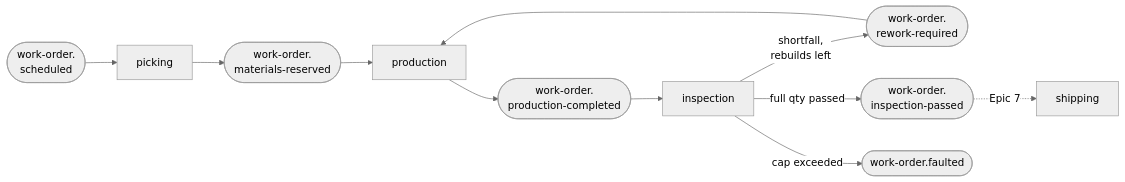
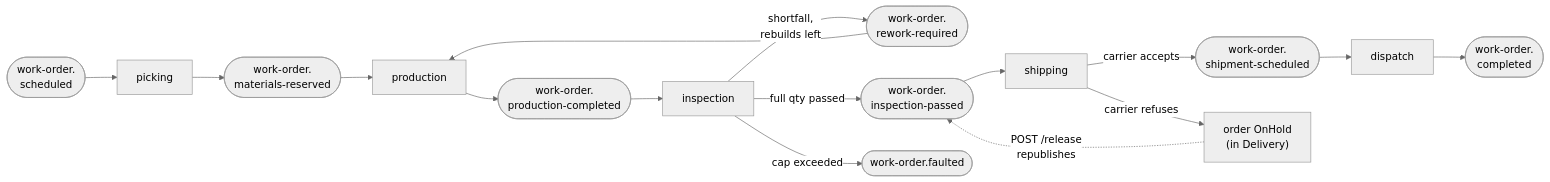
One commit to hmcenhill/ArtificeWorks changed the second of 3 diagrams in docs/messaging-topology.md. Above: the diagram before and after it, drawn with Mermaid (neutral theme). The commit also changed other lines of this file and 44 other files, not shown here.

Commit message:
Epic 7: shipping, delivery, end of workflow

````diff
--- a/docs/messaging-topology.md
+++ b/docs/messaging-topology.md
@@ -32,13 +35,18 @@
 ```mermaid
 flowchart LR
     sched(["work-order.<br/>scheduled"]) --> pick["picking"]
     pick --> mr(["work-order.<br/>materials-reserved"])
     mr --> prod["production"]
     rr(["work-order.<br/>rework-required"]) --> prod
     prod --> pc(["work-order.<br/>production-completed"])
     pc --> insp["inspection"]
     insp -->|"shortfall,<br/>rebuilds left"| rr
     insp -->|"full qty passed"| ip(["work-order.<br/>inspection-passed"])
     insp -->|"cap exceeded"| f(["work-order.faulted"])
-    ip -.->|Epic 7| ship["shipping"]
+    ip --> ship["shipping"]
+    ship -->|"carrier accepts"| ss(["work-order.<br/>shipment-scheduled"])
+    ship -->|"carrier refuses"| hold["order OnHold<br/>(in Delivery)"]
+    hold -.->|"POST /release<br/>republishes"| ip
+    ss --> disp["dispatch"]
+    disp --> done(["work-order.<br/>completed"])
 ```
````
